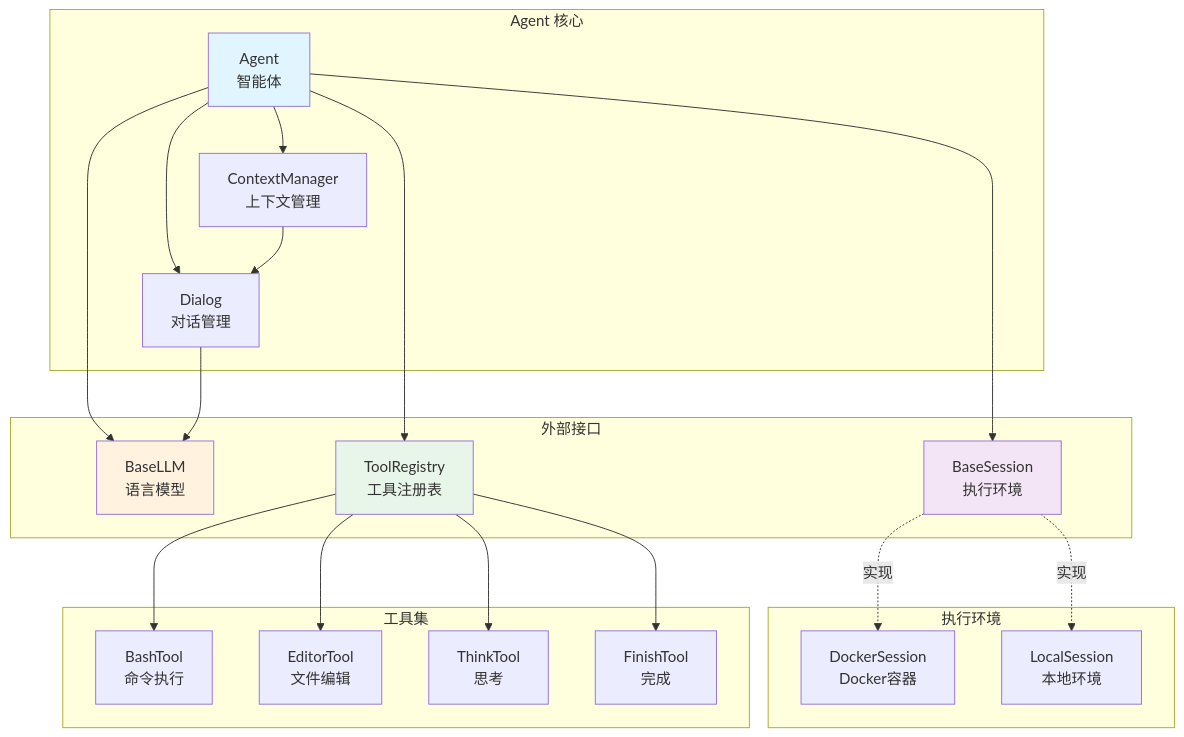
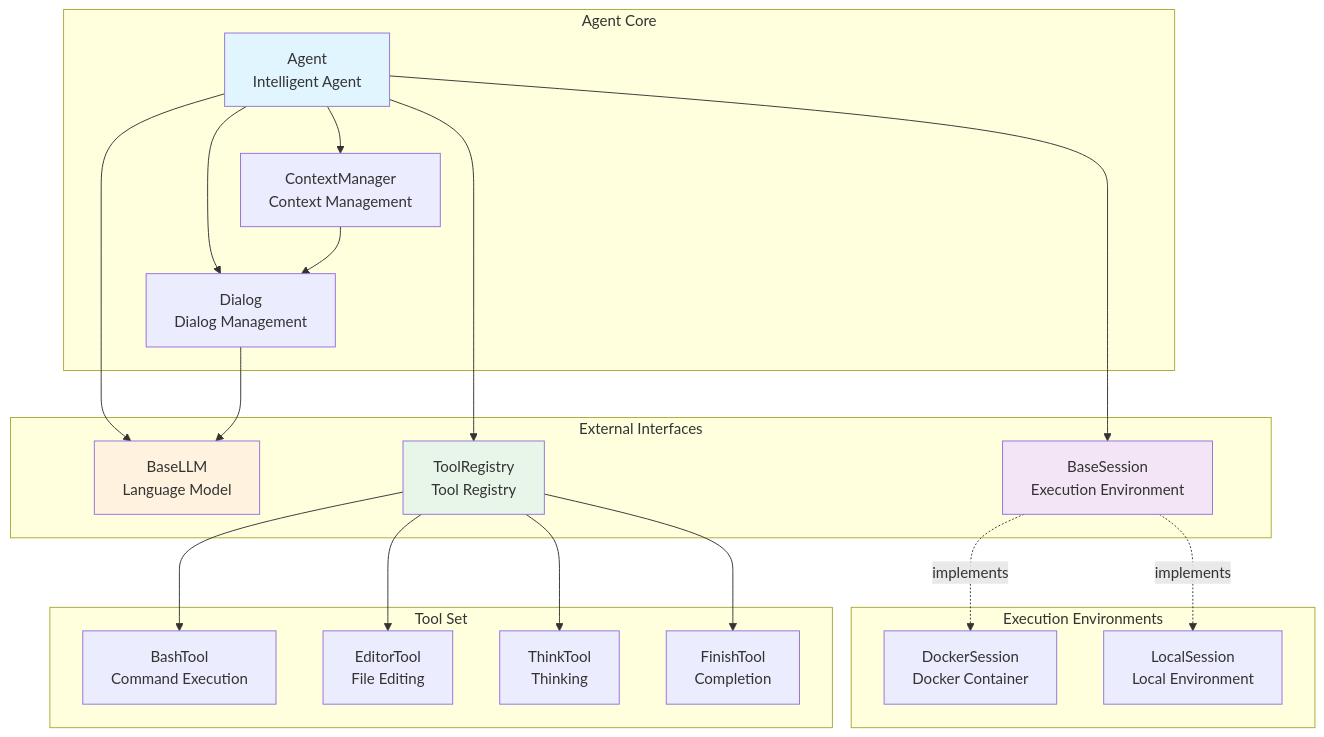
One commit to Passpoor/EvoMaster changed the first of 3 diagrams in evomaster/agent/README.md. Above: the diagram before and after it, drawn with Mermaid. The commit also changed other lines of this file and 161 other files, not shown here.

````diff
--- a/evomaster/agent/README.md
+++ b/evomaster/agent/README.md
@@ -29,48 +36,48 @@
 ```mermaid
 graph TB
-    subgraph "Agent 核心"
-        Agent[Agent<br/>智能体]
-        Context[ContextManager<br/>上下文管理]
-        Dialog[Dialog<br/>对话管理]
+    subgraph "Agent Core"
+        Agent[Agent<br/>Intelligent Agent]
+        Context[ContextManager<br/>Context Management]
+        Dialog[Dialog<br/>Dialog Management]
     end
 
-    subgraph "外部接口"
-        LLM[BaseLLM<br/>语言模型]
-        Session[BaseSession<br/>执行环境]
-        Tools[ToolRegistry<br/>工具注册表]
+    subgraph "External Interfaces"
+        LLM[BaseLLM<br/>Language Model]
+        Session[BaseSession<br/>Execution Environment]
+        Tools[ToolRegistry<br/>Tool Registry]
     end
 
-    subgraph "执行环境"
-        Docker[DockerSession<br/>Docker容器]
-        Local[LocalSession<br/>本地环境]
+    subgraph "Execution Environments"
+        Docker[DockerSession<br/>Docker Container]
+        Local[LocalSession<br/>Local Environment]
     end
 
-    subgraph "工具集"
-        Bash[BashTool<br/>命令执行]
-        Editor[EditorTool<br/>文件编辑]
-        Think[ThinkTool<br/>思考]
-        Finish[FinishTool<br/>完成]
+    subgraph "Tool Set"
+        Bash[BashTool<br/>Command Execution]
+        Editor[EditorTool<br/>File Editing]
+        Think[ThinkTool<br/>Thinking]
+        Finish[FinishTool<br/>Completion]
     end
 
     Agent --> LLM
     Agent --> Session
     Agent --> Tools
     Agent --> Context
     Agent --> Dialog
 
-    Session -.实现.-> Docker
-    Session -.实现.-> Local
+    Session -.implements.-> Docker
+    Session -.implements.-> Local
 
     Tools --> Bash
     Tools --> Editor
     Tools --> Think
     Tools --> Finish
 
     Dialog --> LLM
     Context --> Dialog
 
     style Agent fill:#e1f5ff
     style LLM fill:#fff3e0
     style Session fill:#f3e5f5
     style Tools fill:#e8f5e9
 ```
````
